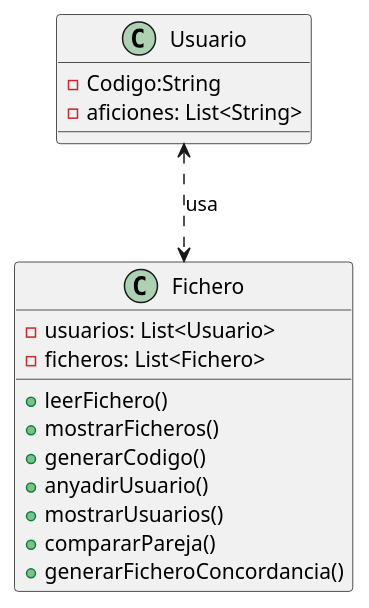
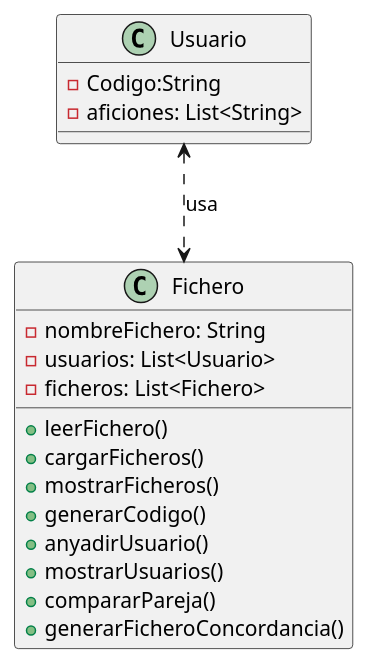
One commit to Jorgge22/Ficheros changed the diagram in diseno.puml. Above: the diagram before and after it, drawn with PlantUML.

Commit message:
Cambios en el diseño

```diff
--- a/diseno.puml
+++ b/diseno.puml
@@ -1,21 +1,23 @@
 @startuml ficheros
 class Usuario {
     - Codigo:String
     - aficiones: List<String>
 }
 
 class Fichero {
+    - nombreFichero: String
     - usuarios: List<Usuario>
     - ficheros: List<Fichero>
 
     + leerFichero()
+    + cargarFicheros()
     + mostrarFicheros()
     + generarCodigo()
     + anyadirUsuario()
     + mostrarUsuarios()
     + compararPareja()
     + generarFicheroConcordancia()
 }
 
 Usuario <..> Fichero : usa
 @enduml
```
